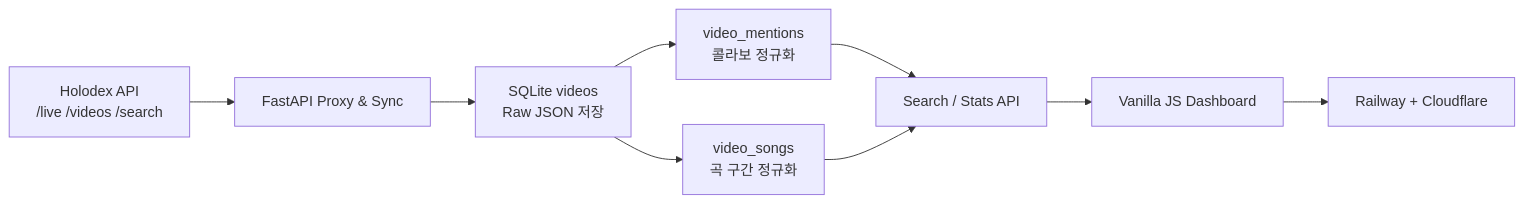
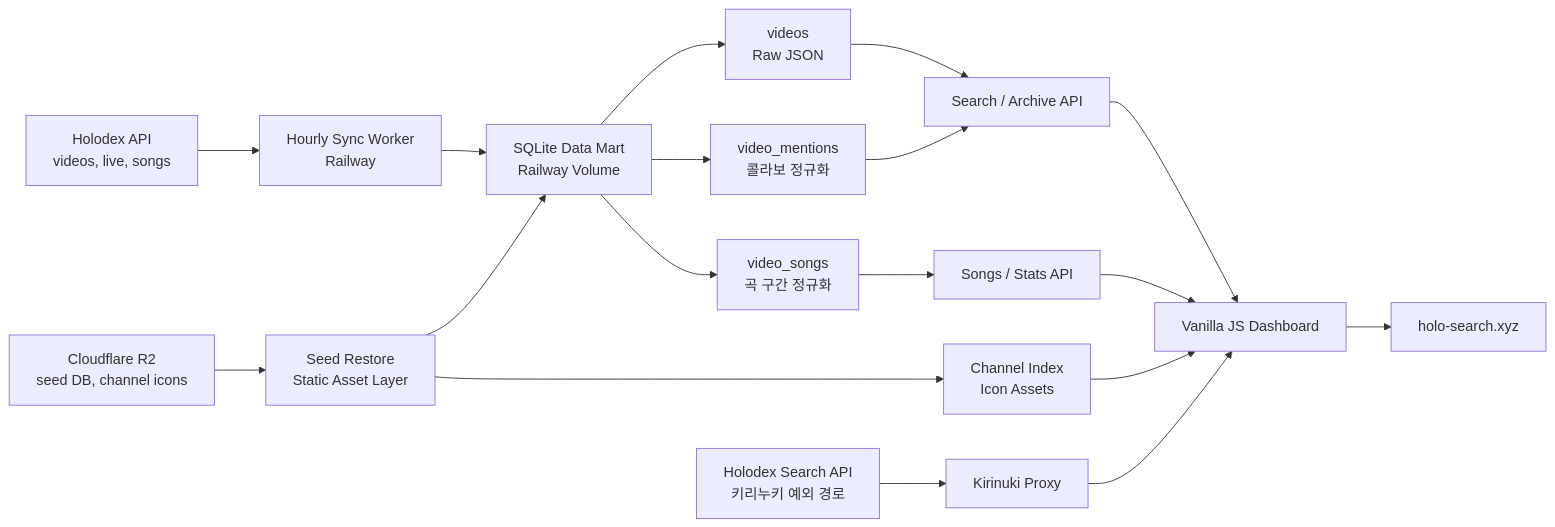
One commit to Fiamma445/Holodex-Api-Data-Search-Project changed the second of 2 diagrams in README.md. Above: the diagram before and after it, drawn with Mermaid. The commit also changed other lines of this file and 1 other file, not shown here.

Commit message:
docs: update portfolio data flow

````diff
--- a/README.md
+++ b/README.md
@@ -52,11 +56,20 @@
 ```mermaid
 flowchart LR
-    A["Holodex API<br/>/live /videos /search"] --> B["FastAPI Proxy & Sync"]
-    B --> C["SQLite videos<br/>Raw JSON 저장"]
-    C --> D["video_mentions<br/>콜라보 정규화"]
-    C --> E["video_songs<br/>곡 구간 정규화"]
-    D --> F["Search / Stats API"]
-    E --> F
-    F --> G["Vanilla JS Dashboard"]
-    G --> H["Railway + Cloudflare"]
+    A["Holodex API<br/>videos, live, songs"] --> B["Hourly Sync Worker<br/>Railway"]
+    B --> C["SQLite Data Mart<br/>Railway Volume"]
+    C --> D["videos<br/>Raw JSON"]
+    C --> E["video_mentions<br/>콜라보 정규화"]
+    C --> F["video_songs<br/>곡 구간 정규화"]
+    R["Cloudflare R2<br/>seed DB, channel icons"] --> S["Seed Restore<br/>Static Asset Layer"]
+    S --> C
+    S --> I["Channel Index<br/>Icon Assets"]
+    D --> G["Search / Archive API"]
+    E --> G
+    F --> H["Songs / Stats API"]
+    K["Holodex Search API<br/>키리누키 예외 경로"] --> L["Kirinuki Proxy"]
+    G --> U["Vanilla JS Dashboard"]
+    H --> U
+    I --> U
+    L --> U
+    U --> V["holo-search.xyz"]
 ```
````
